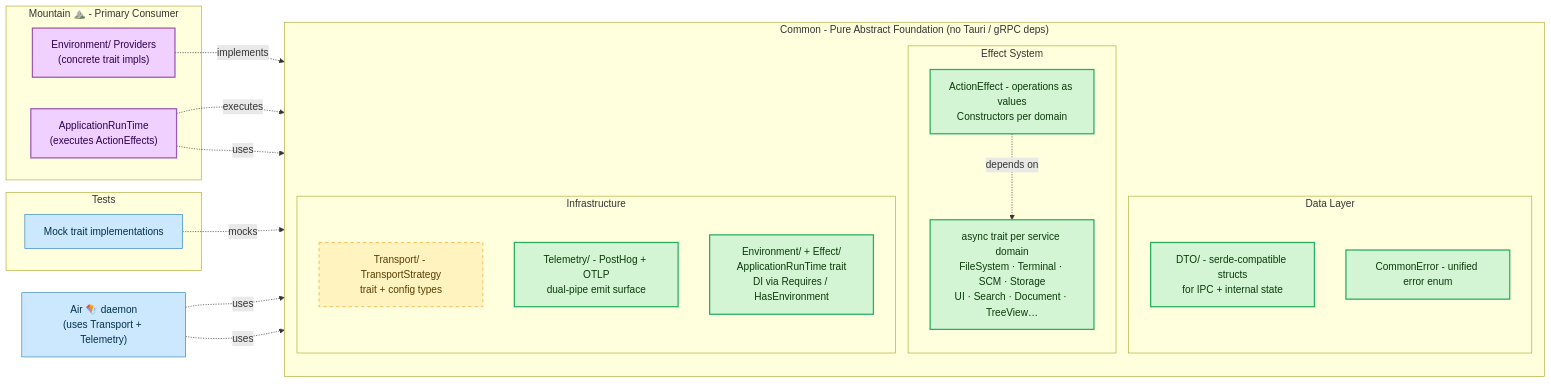
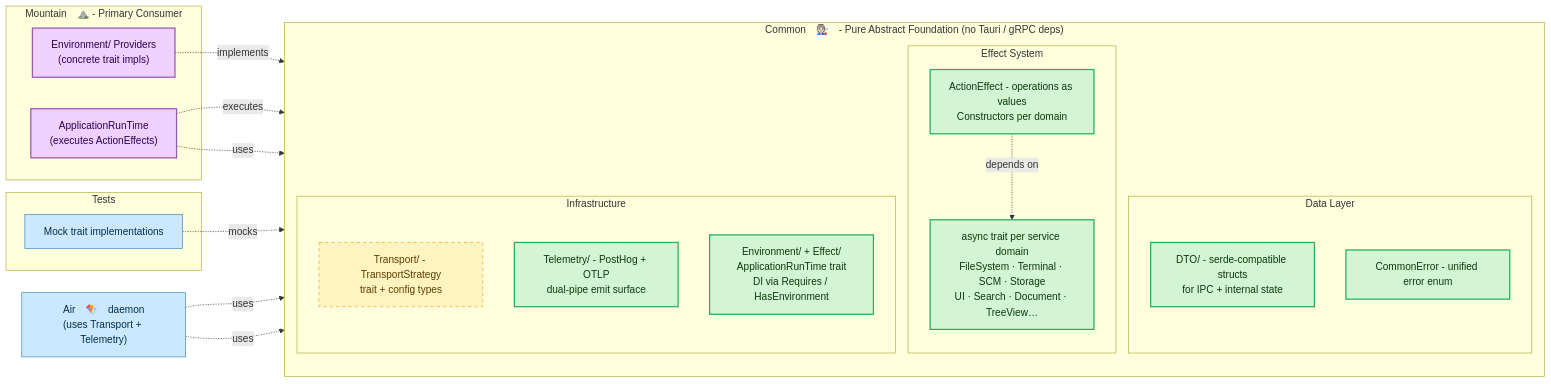
The diagram in README.md (CodeEditorLand/Common), drawn with Mermaid before and after one commit. The commit also changed other lines of this file and 2 other files, not shown here.

First line of the commit message:
docs(Common): Replace literal em spaces with HTML numeric entity in markdown

````diff
--- a/README.md
+++ b/README.md
@@ -163,43 +164,43 @@
 ```mermaid
 graph LR
     classDef common   fill:#d4f5d4,stroke:#27ae60,stroke-width:2px,color:#0a3a0a;
     classDef mountain fill:#f0d0ff,stroke:#9b59b6,stroke-width:2px,color:#2c0050;
     classDef consumer fill:#cce8ff,stroke:#2980b9,stroke-width:1px,color:#00304a;
 
     classDef transport fill:#fff3c0,stroke:#f39c12,stroke-width:1px,stroke-dasharray:5 5,color:#5a3e00;
 
-    subgraph COMMON["Common - Pure Abstract Foundation (no Tauri / gRPC deps)"]
+    subgraph COMMON["Common 🧑🏻‍🏭 - Pure Abstract Foundation (no Tauri / gRPC deps)"]
         direction TB
         subgraph CORE["Effect System"]
             Traits["async trait per service domain\nFileSystem · Terminal · SCM · Storage\nUI · Search · Document · TreeView…"]:::common
             Effects["ActionEffect - operations as values\nConstructors per domain"]:::common
             Effects -. depends on .-> Traits
         end
         subgraph DATA["Data Layer"]
             DTOs["DTO/ - serde-compatible structs\nfor IPC + internal state"]:::common
             Errors["CommonError - unified error enum"]:::common
         end
         subgraph INFRA["Infrastructure"]
             Transport["Transport/ - TransportStrategy\ntrait + config types"]:::transport
             Telemetry["Telemetry/ - PostHog + OTLP\ndual-pipe emit surface"]:::common
             Env["Environment/ + Effect/\nApplicationRunTime trait\nDI via Requires / HasEnvironment"]:::common
         end
     end
 
-    subgraph MOUNTAIN["Mountain ⛰️ - Primary Consumer"]
+    subgraph MOUNTAIN["Mountain ⛰️ - Primary Consumer"]
         MountainEnv["Environment/ Providers\n(concrete trait impls)"]:::mountain
         AppRunTime["ApplicationRunTime\n(executes ActionEffects)"]:::mountain
         MountainEnv -.implements.-> Traits
         AppRunTime -.executes.-> Effects
         AppRunTime -.uses.-> DTOs
     end
 
     subgraph TESTS["Tests"]
         MockImpls["Mock trait implementations"]:::consumer
         MockImpls -.mocks.-> Traits
     end
 
-    Air["Air 🪁 daemon\n(uses Transport + Telemetry)"]:::consumer
+    Air["Air 🪁 daemon\n(uses Transport + Telemetry)"]:::consumer
     Air -.uses.-> Transport
     Air -.uses.-> Telemetry
 ```
````
